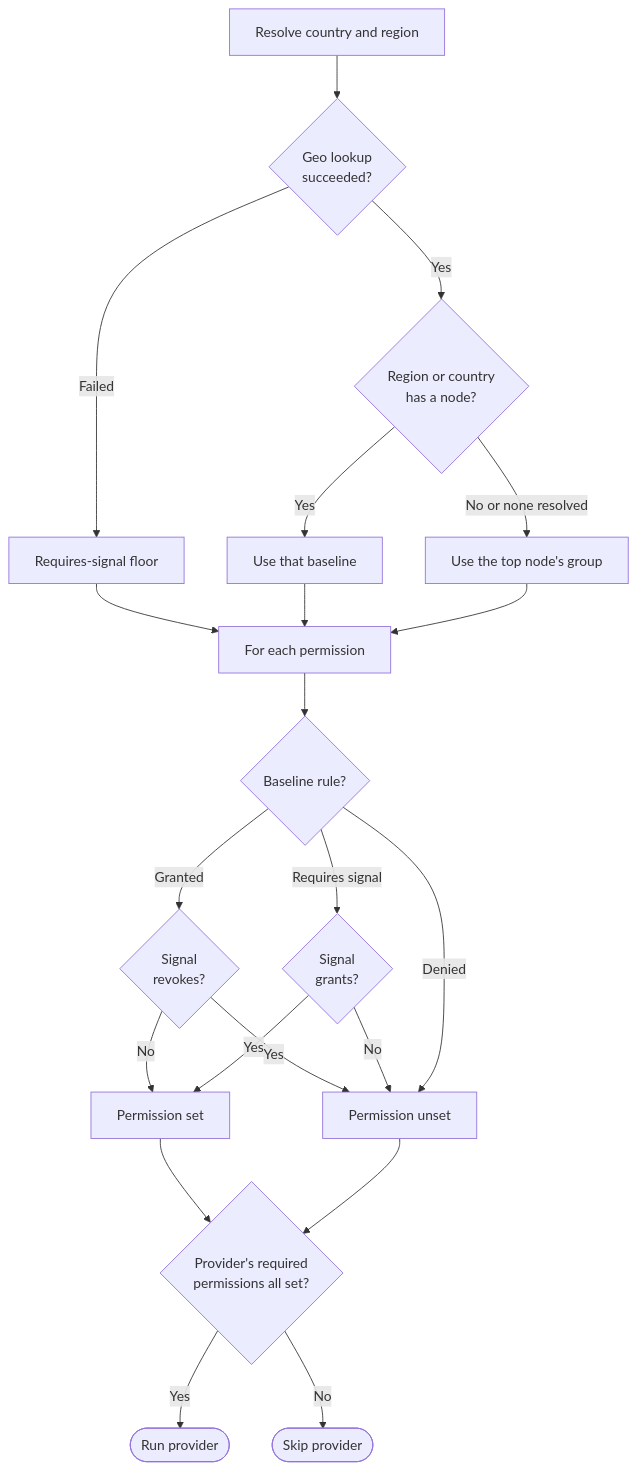
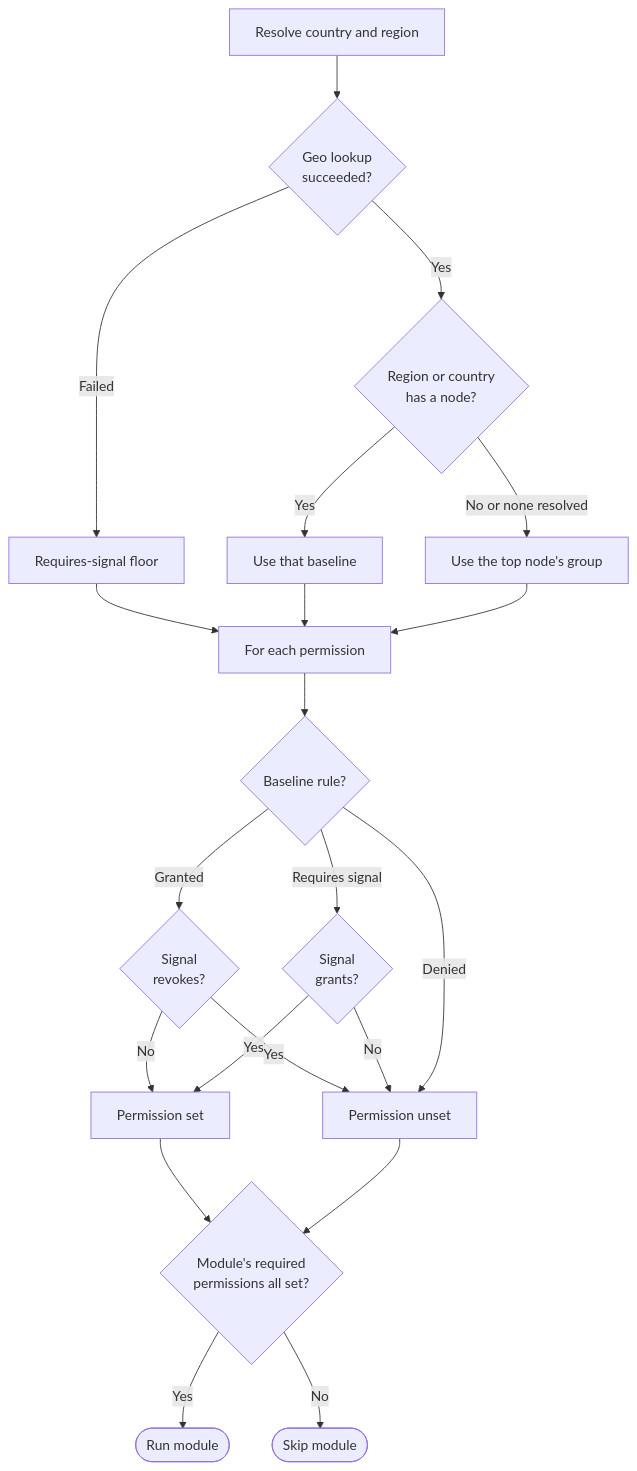
Before and after one commit to IABTechLab/trusted-server: the second of 2 diagrams in docs/guide/permission-model.md, drawn with Mermaid. The commit also changed other lines of this file and 54 other files, not shown here.

````diff
--- a/docs/guide/permission-model.md
+++ b/docs/guide/permission-model.md
@@ -372,25 +372,25 @@
 ```mermaid
 flowchart TD
     Start[Resolve country and region] --> Lookup{Geo lookup<br/>succeeded?}
     Lookup -- "Failed" --> Floor[Requires-signal floor]
     Lookup -- "Yes" --> Rules{Region or country<br/>has a node?}
     Rules -- "Yes" --> CountryMap[Use that baseline]
     Rules -- "No or none resolved" --> Default[Use the top node's group]
     Floor --> PerPerm
     CountryMap --> PerPerm
     Default --> PerPerm
 
     PerPerm[For each permission] --> Rule{Baseline rule?}
     Rule -- "Granted" --> Revoke{Signal<br/>revokes?}
     Revoke -- "No" --> Set[Permission set]
     Revoke -- "Yes" --> Unset[Permission unset]
     Rule -- "Requires signal" --> Grant{Signal<br/>grants?}
     Grant -- "Yes" --> Set
     Grant -- "No" --> Unset
     Rule -- "Denied" --> Unset
 
-    Set --> Check{Provider's required<br/>permissions all set?}
+    Set --> Check{Module's required<br/>permissions all set?}
     Unset --> Check
-    Check -- "Yes" --> Run([Run provider])
-    Check -- "No" --> Skip([Skip provider])
+    Check -- "Yes" --> Run([Run module])
+    Check -- "No" --> Skip([Skip module])
 ```
````
